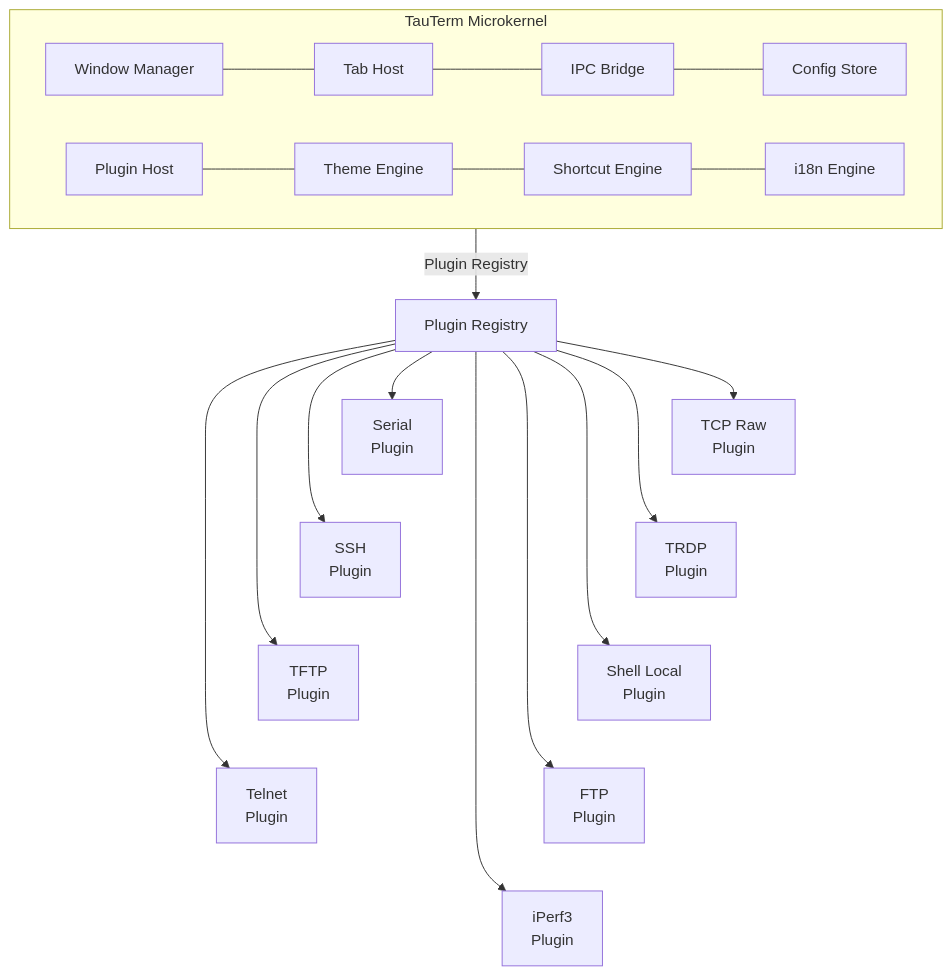
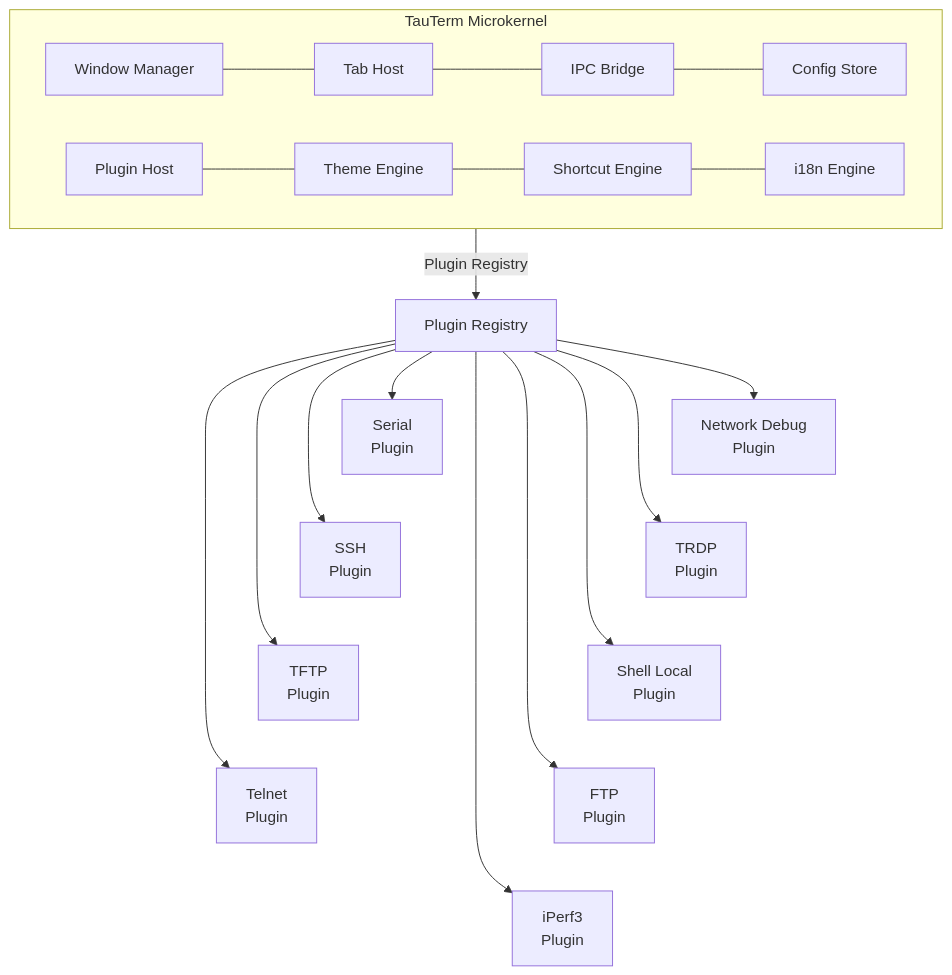
One commit to hamburger-os/TauTerm changed the first of 4 diagrams in docs/ARCHITECTURE.md. Above: the diagram before and after it, drawn with Mermaid. The commit also changed other lines of this file and 54 other files, not shown here.

Commit message:
feat(network): 添加网络调试会话(TCP/UDP)支持

````diff
--- a/docs/ARCHITECTURE.md
+++ b/docs/ARCHITECTURE.md
@@ -11,23 +11,23 @@
 ```mermaid
 graph TB
     subgraph Microkernel["TauTerm Microkernel"]
         direction LR
         WM[Window Manager] --- TH[Tab Host] --- IPC[IPC Bridge] --- CS[Config Store]
         PH[Plugin Host] --- TE[Theme Engine] --- SE[Shortcut Engine] --- I18N[i18n Engine]
     end
 
     Microkernel -->|"Plugin Registry"| Registry["Plugin Registry"]
 
     Registry --> S1[Serial<br/>Plugin]
     Registry --> S2[SSH<br/>Plugin]
     Registry --> S3[TFTP<br/>Plugin]
     Registry --> S4[Telnet<br/>Plugin]
-    Registry --> S5[TCP Raw<br/>Plugin]
+    Registry --> S5[Network Debug<br/>Plugin]
     Registry --> S6[TRDP<br/>Plugin]
     Registry --> S7[Shell Local<br/>Plugin]
     Registry --> S8[FTP<br/>Plugin]
     Registry --> S9[iPerf3<br/>Plugin]
 
     S1 ~~~ S2 ~~~ S3 ~~~ S4
     S5 ~~~ S6 ~~~ S7 ~~~ S8 ~~~ S9
 ```
````
